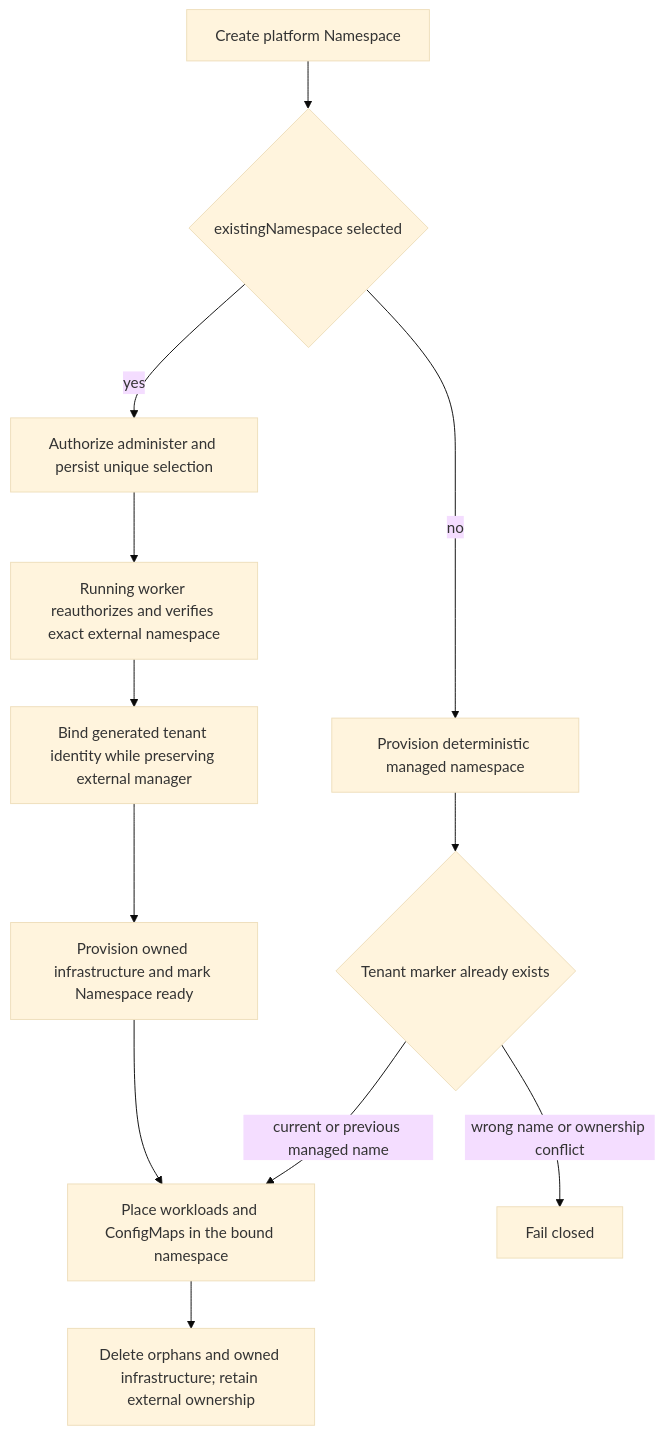
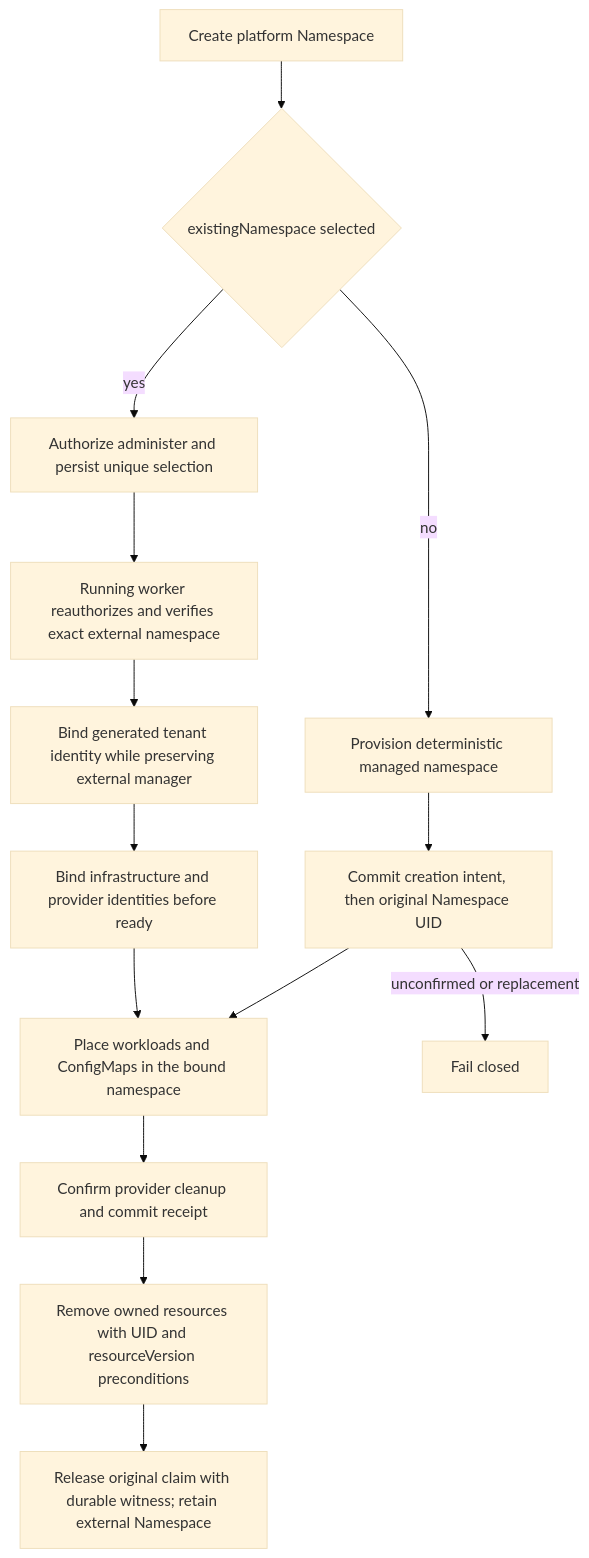
Before and after one commit to openclaw/openclaw-enterprise: the diagram in docs/flows/kubernetes-existing-namespace-placement.md, drawn with Mermaid (base theme). The commit also changed other lines of this file and 55 other files, not shown here.

Commit message:
fix: persist Namespace cleanup authority before teardown

````diff
--- a/docs/flows/kubernetes-existing-namespace-placement.md
+++ b/docs/flows/kubernetes-existing-namespace-placement.md
@@ -33,14 +34,16 @@
 ```mermaid
 graph TD
   A["Create platform Namespace"] --> B{"existingNamespace selected"}
   B -->|no| C["Provision deterministic managed namespace"]
-  C --> J{"Tenant marker already exists"}
-  J -->|current or previous managed name| H
-  J -->|wrong name or ownership conflict| K["Fail closed"]
+  C --> J["Commit creation intent, then original Namespace UID"]
+  J --> H
+  J -->|unconfirmed or replacement| K["Fail closed"]
   B -->|yes| D["Authorize administer and persist unique selection"]
   D --> E["Running worker reauthorizes and verifies exact external namespace"]
   E --> F["Bind generated tenant identity while preserving external manager"]
-  F --> G["Provision owned infrastructure and mark Namespace ready"]
+  F --> G["Bind infrastructure and provider identities before ready"]
   G --> H["Place workloads and ConfigMaps in the bound namespace"]
-  H --> I["Delete orphans and owned infrastructure; retain external ownership"]
+  H --> I["Confirm provider cleanup and commit receipt"]
+  I --> L["Remove owned resources with UID and resourceVersion preconditions"]
+  L --> M["Release original claim with durable witness; retain external Namespace"]
 ```
````
